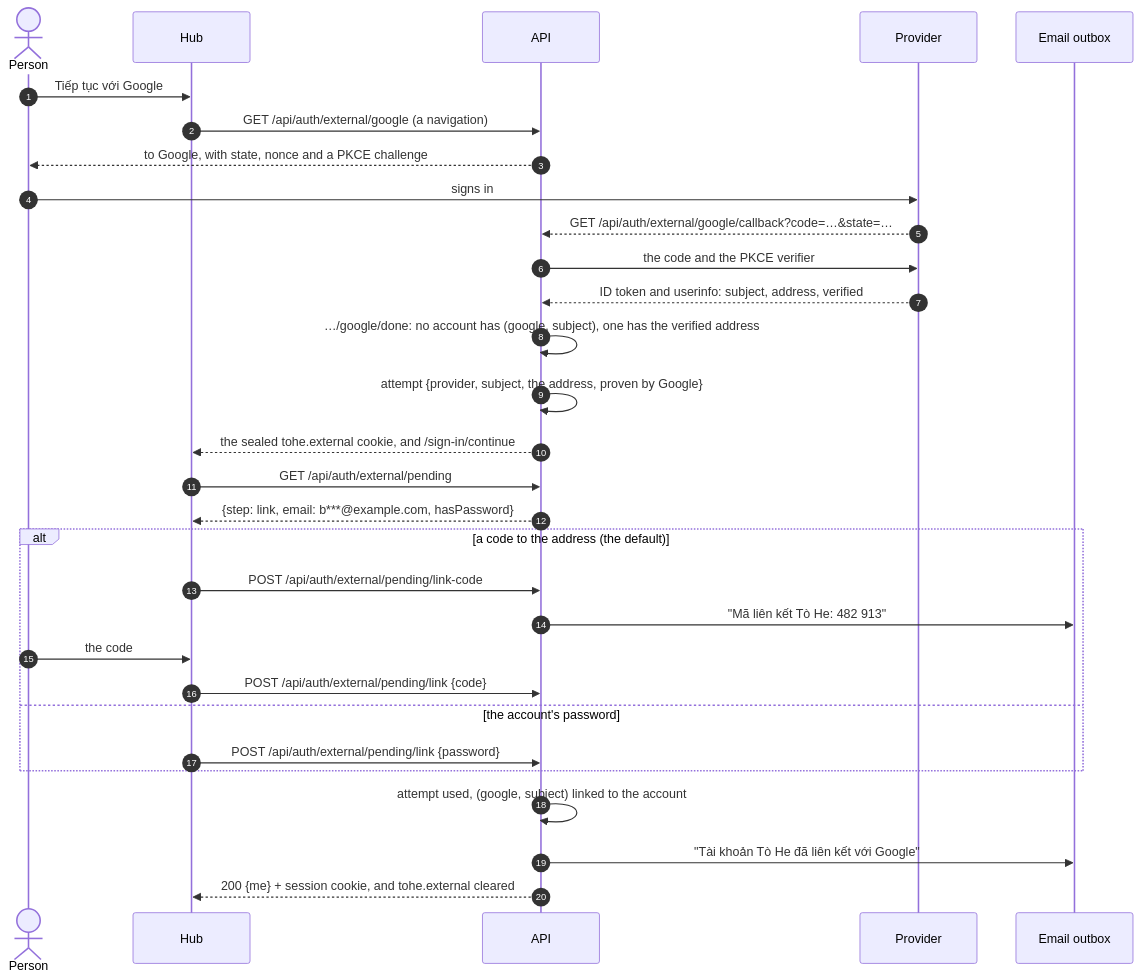
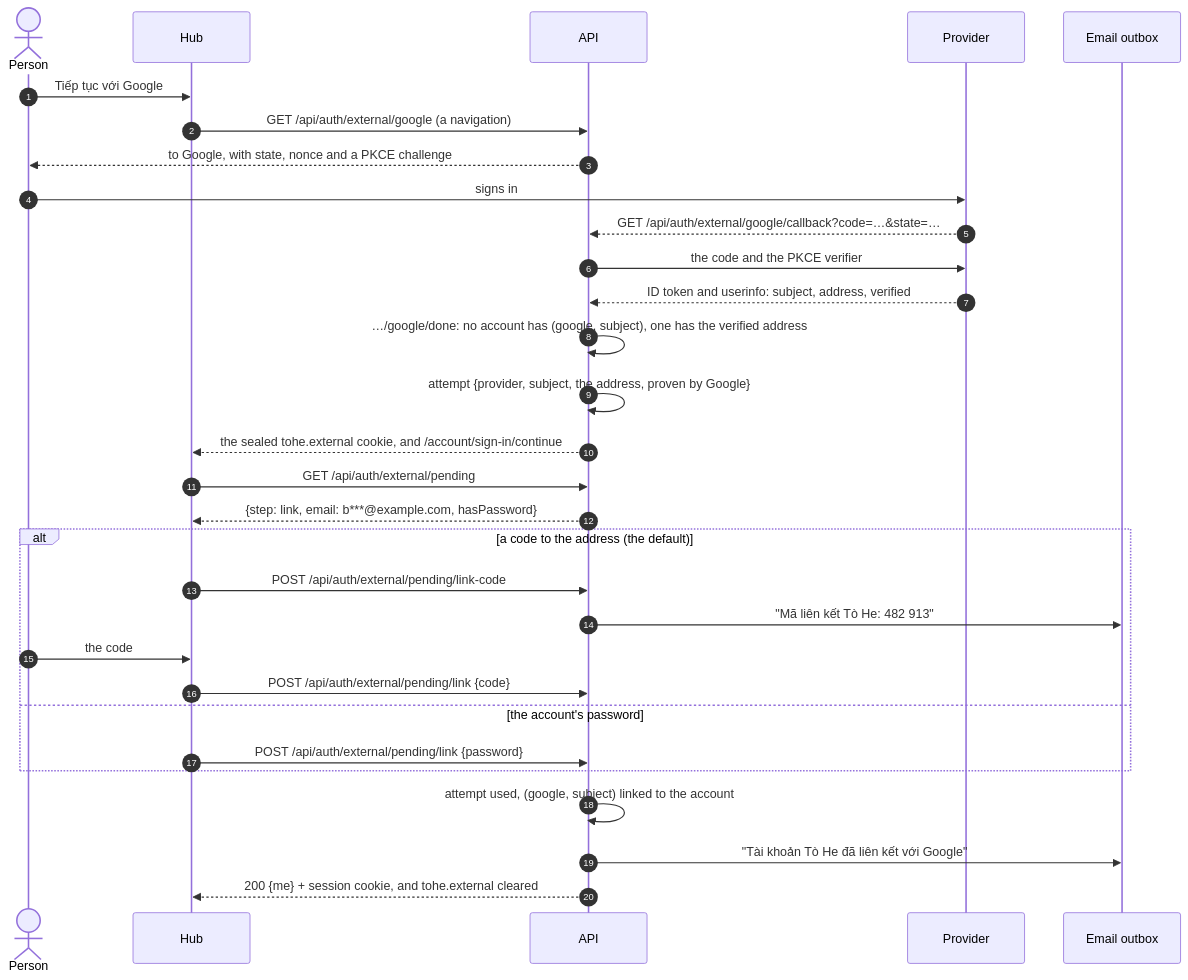
One commit to vinh466/tohe-play changed the seventh of 13 diagrams in docs/architecture/identity.md. Above: the diagram before and after it, drawn with Mermaid. The commit also changed other lines of this file and 57 other files, not shown here.

````diff
--- a/docs/architecture/identity.md
+++ b/docs/architecture/identity.md
@@ -298,32 +298,32 @@
 ```mermaid
 sequenceDiagram
   autonumber
   actor U as Person
   participant H as Hub
   participant A as API
   participant P as Provider
   participant M as Email outbox
   U->>H: Tiếp tục với Google
   H->>A: GET /api/auth/external/google (a navigation)
   A-->>U: to Google, with state, nonce and a PKCE challenge
   U->>P: signs in
   P-->>A: GET /api/auth/external/google/callback?code=…&state=…
   A->>P: the code and the PKCE verifier
   P-->>A: ID token and userinfo: subject, address, verified
   A->>A: …/google/done: no account has (google, subject), one has the verified address
   A->>A: attempt {provider, subject, the address, proven by Google}
-  A-->>H: the sealed tohe.external cookie, and /sign-in/continue
+  A-->>H: the sealed tohe.external cookie, and /account/sign-in/continue
   H->>A: GET /api/auth/external/pending
   A-->>H: {step: link, email: b***@example.com, hasPassword}
   alt a code to the address (the default)
     H->>A: POST /api/auth/external/pending/link-code
     A->>M: "Mã liên kết Tò He: 482 913"
     U->>H: the code
     H->>A: POST /api/auth/external/pending/link {code}
   else the account's password
     H->>A: POST /api/auth/external/pending/link {password}
   end
   A->>A: attempt used, (google, subject) linked to the account
   A->>M: "Tài khoản Tò He đã liên kết với Google"
   A-->>H: 200 {me} + session cookie, and tohe.external cleared
 ```
````
